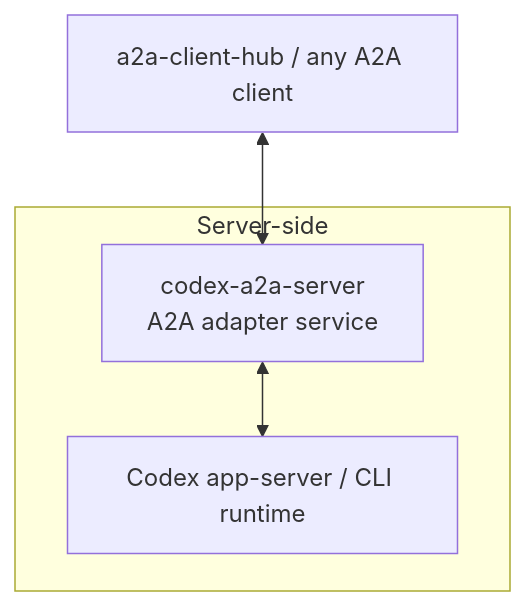
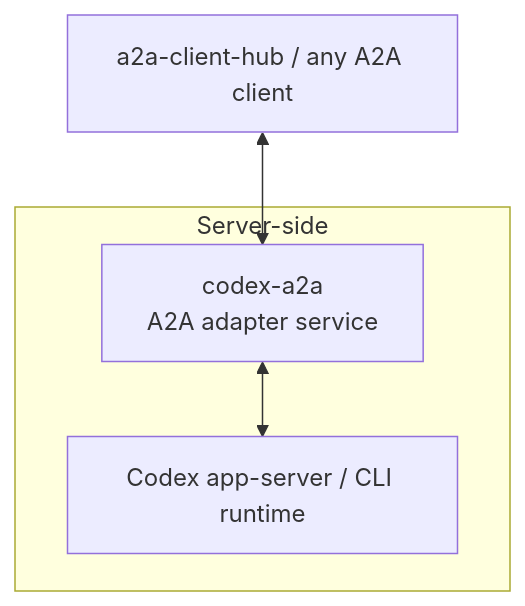
Before and after one commit to liujuanjuan1984/codex-a2a: the diagram in README.md, drawn with Mermaid. The commit also changed other lines of this file and 126 other files, not shown here.

````diff
--- a/README.md
+++ b/README.md
@@ -15,13 +15,13 @@
 ```mermaid
 flowchart TD
     Client["a2a-client-hub / any A2A client"]
 
     subgraph ServerSide["Server-side"]
-        Adapter["codex-a2a-server\nA2A adapter service"]
+        Adapter["codex-a2a\nA2A adapter service"]
         Runtime["Codex app-server / CLI runtime"]
 
         Adapter <--> Runtime
     end
 
     Client <--> Adapter
 ```
````
